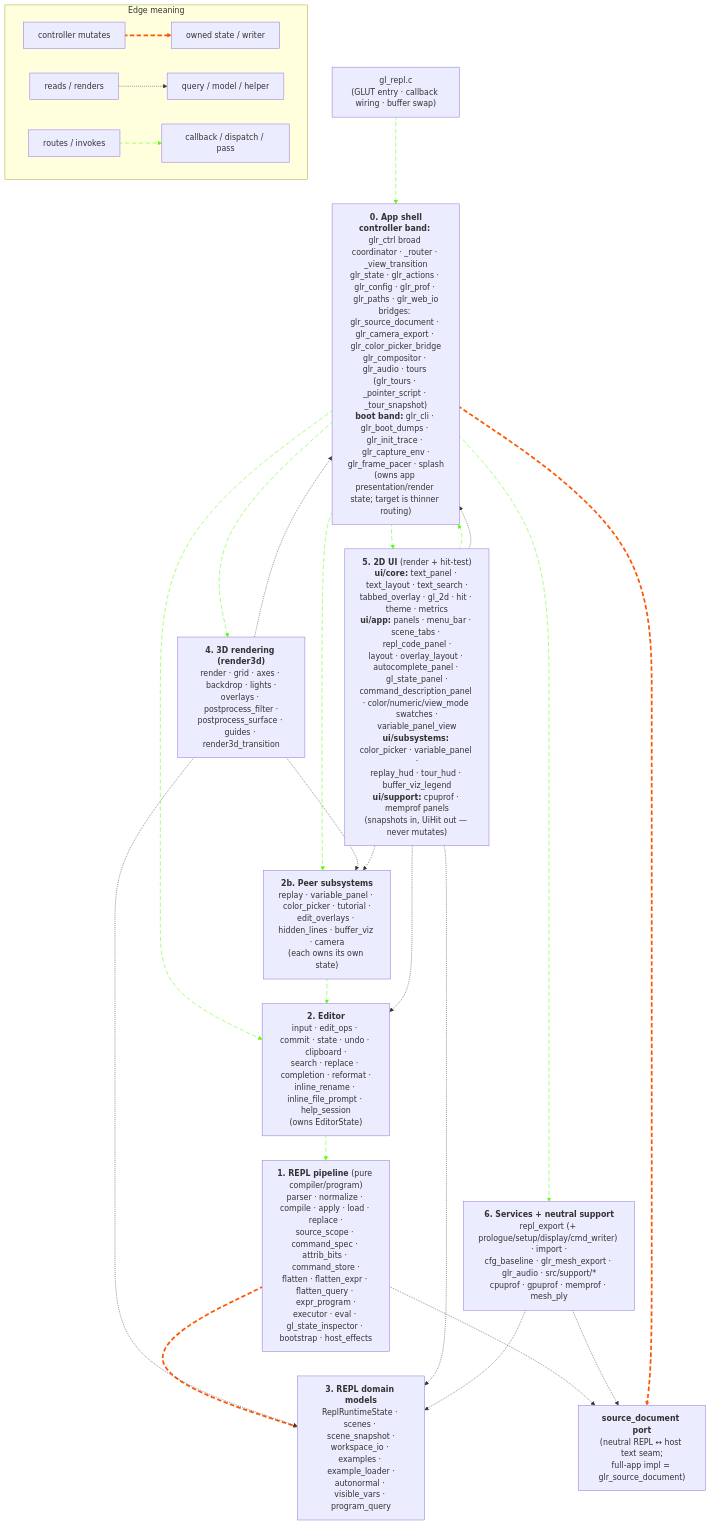
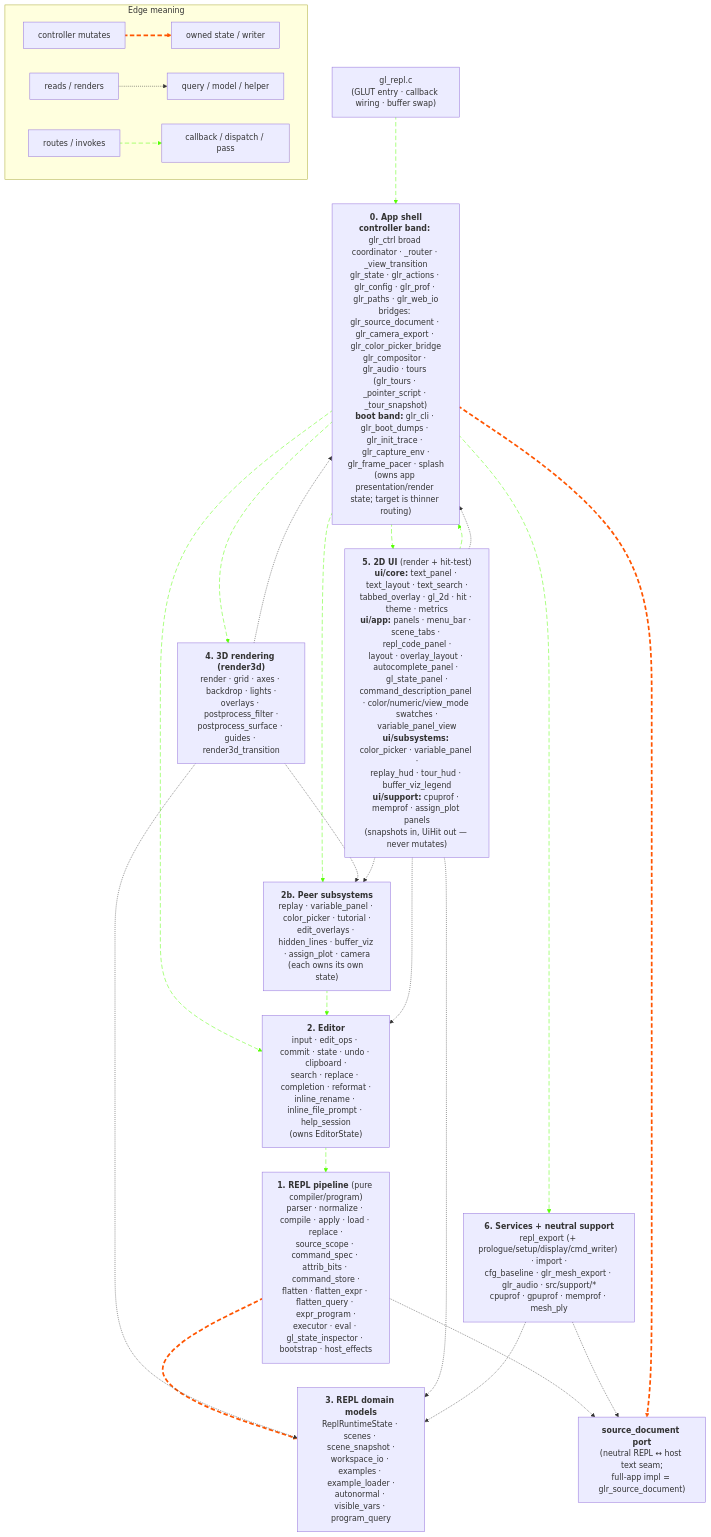
The first of 2 diagrams in docs/MODULES.md (drewwoods/gl-repl), drawn with Mermaid before and after one commit. The commit also changed other lines of this file and 39 other files, not shown here.

````diff
--- a/docs/MODULES.md
+++ b/docs/MODULES.md
@@ -724,79 +729,79 @@
 ```mermaid
 flowchart TB
     subgraph legend["Edge meaning"]
         lmut_a["controller mutates"] e1@==> lmut_b["owned state / writer"]
         lread_a["reads / renders"] -.-> lread_b["query / model / helper"]
         lflow_a["routes / invokes"] i1@--> lflow_b["callback / dispatch / pass"]
     end
 
     gl_repl["gl_repl.c<br/>(GLUT entry · callback wiring · buffer swap)"]
 
     app["<b>0. App shell</b><br/><b>controller band:</b> glr_ctrl broad coordinator · _router · _view_transition<br/>glr_state · glr_actions · glr_config · glr_prof · glr_paths · glr_web_io<br/>bridges: glr_source_document · glr_camera_export · glr_color_picker_bridge<br/>glr_compositor · glr_audio · tours (glr_tours · _pointer_script · _tour_snapshot)<br/><b>boot band:</b> glr_cli · glr_boot_dumps · glr_init_trace · glr_capture_env ·<br/>glr_frame_pacer · splash<br/>(owns app presentation/render state; target is thinner routing)"]
 
     editor["<b>2. Editor</b><br/>input · edit_ops · commit · state · undo · clipboard ·<br/>search · replace · completion · reformat ·<br/>inline_rename · inline_file_prompt · help_session<br/>(owns EditorState)"]
 
-    peers["<b>2b. Peer subsystems</b><br/>replay · variable_panel · color_picker · tutorial ·<br/>edit_overlays · hidden_lines · buffer_viz · camera<br/>(each owns its own state)"]
+    peers["<b>2b. Peer subsystems</b><br/>replay · variable_panel · color_picker · tutorial ·<br/>edit_overlays · hidden_lines · buffer_viz · assign_plot · camera<br/>(each owns its own state)"]
 
     repl["<b>1. REPL pipeline</b> (pure compiler/program)<br/>parser · normalize · compile · apply · load · replace ·<br/>source_scope · command_spec · attrib_bits · command_store ·<br/>flatten · flatten_expr · flatten_query · expr_program ·<br/>executor · eval · gl_state_inspector · bootstrap · host_effects"]
 
     models["<b>3. REPL domain models</b><br/>ReplRuntimeState · scenes · scene_snapshot ·<br/>workspace_io · examples · example_loader ·<br/>autonormal · visible_vars · program_query"]
 
     srcdoc["<b>source_document port</b><br/>(neutral REPL ↔ host text seam;<br/>full-app impl = glr_source_document)"]
 
-    ui["<b>5. 2D UI</b> (render + hit-test)<br/><b>ui/core:</b> text_panel · text_layout · text_search ·<br/>tabbed_overlay · gl_2d · hit · theme · metrics<br/><b>ui/app:</b> panels · menu_bar · scene_tabs · repl_code_panel ·<br/>layout · overlay_layout · autocomplete_panel · gl_state_panel ·<br/>command_description_panel · color/numeric/view_mode swatches ·<br/>variable_panel_view<br/><b>ui/subsystems:</b> color_picker · variable_panel ·<br/>replay_hud · tour_hud · buffer_viz_legend<br/><b>ui/support:</b> cpuprof · memprof panels<br/>(snapshots in, UiHit out — never mutates)"]
+    ui["<b>5. 2D UI</b> (render + hit-test)<br/><b>ui/core:</b> text_panel · text_layout · text_search ·<br/>tabbed_overlay · gl_2d · hit · theme · metrics<br/><b>ui/app:</b> panels · menu_bar · scene_tabs · repl_code_panel ·<br/>layout · overlay_layout · autocomplete_panel · gl_state_panel ·<br/>command_description_panel · color/numeric/view_mode swatches ·<br/>variable_panel_view<br/><b>ui/subsystems:</b> color_picker · variable_panel ·<br/>replay_hud · tour_hud · buffer_viz_legend<br/><b>ui/support:</b> cpuprof · memprof · assign_plot panels<br/>(snapshots in, UiHit out — never mutates)"]
 
     render3d["<b>4. 3D rendering (render3d)</b><br/>render · grid · axes · backdrop · lights ·<br/>overlays · postprocess_filter ·<br/>postprocess_surface · guides · render3d_transition"]
 
     services["<b>6. Services + neutral support</b><br/>repl_export (+ prologue/setup/display/cmd_writer) · import ·<br/>cfg_baseline · glr_mesh_export · glr_audio · src/support/*<br/>cpuprof · gpuprof · memprof · mesh_ply"]
 
     %% Raw input flow: gl_repl.c hands GLUT events to the app shell. UI
     %% hit-tests are passive — they compute a UiHit and hand it back to
     %% the controller for dispatch.
     gl_repl i2@--> app
     ui i3@--> app
 
     %% App shell routes raw input to the owning subsystem, drives the
     %% frame, and calls UI/render3d/services.
     app i4@--> editor
     app i5@--> peers
     app i6@--> render3d
     app i7@--> ui
     app i8@--> services
 
     %% Editor commit is the only path crossing INTO the REPL pipeline.
     %% REPL apply / command_store mutates the program model.
     editor i9@--> repl
     repl e2@==> models
 
     %% Peers write back through the editor (color_picker rewrites a
     %% source line via editor_commit_apply_external_change; the
     %% variable_panel drag rewrites a numeric token the same way).
     peers i10@--> editor
 
     %% Source-document port: REPL pipeline reads/writes source text
     %% through the neutral port, and services read source through it
     %% too. The full-app adapter (app layer) delegates writes to the
     %% editor buffer — editor stays the single underlying writer.
     repl -.-> srcdoc
     services -.-> srcdoc
     app e3@==> srcdoc
 
     %% Render is read-only: render3d and UI consume snapshots of program /
     %% editor / peer / app state. They never mutate.
     render3d -.-> models
     render3d -.-> peers
     render3d -.-> app
     ui -.-> editor
     ui -.-> models
     ui -.-> peers
     ui -.-> app
 
     %% Services read program and editor state to persist/replay.
     services -.-> models
 
     classDef animateE stroke:#f50,stroke-dasharray: 9\,5,stroke-dashoffset: 900,animation: dash 90s linear infinite;
     classDef animateF stroke:#5f0,stroke-dasharray: 9\,5,stroke-dashoffset: 900,animation: dash 90s linear infinite;
 
     class e1,e2,e3 animateE
     class i1,i2,i3,i4,i5,i6,i7,i8,i9,i10 animateF
 ```
````
